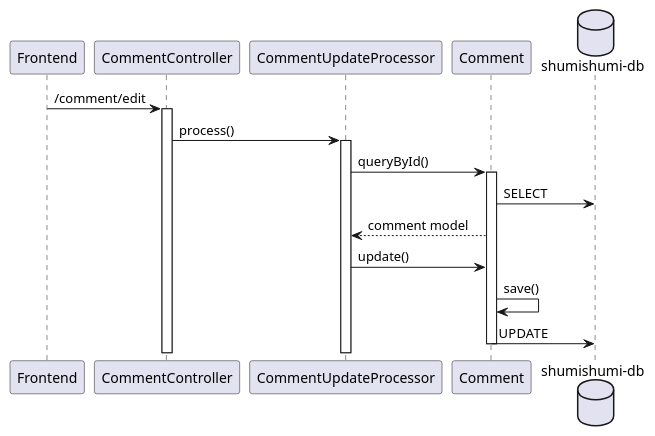
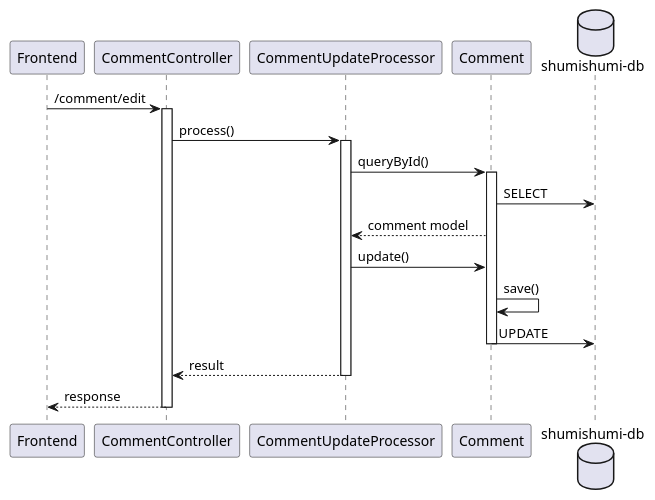
The diagram in uml diagram/sequence diagram/BE/comment controller/edit.pu (aldihsuhandi/skripsi-2023), drawn with PlantUML before and after one commit.

Commit message:
finish comment controller

```diff
--- a/uml diagram/sequence diagram/BE/comment controller/edit.pu
+++ b/uml diagram/sequence diagram/BE/comment controller/edit.pu
@@ -1,23 +1,26 @@
 @startuml edit
 participant "Frontend" as fe
 participant "CommentController" as cc
 
 participant "CommentUpdateProcessor" as proc
 
 participant "Comment" as cm
 
 database "shumishumi-db" as db
 
 fe -> cc++ : /comment/edit
 cc -> proc++ : process()
 
 proc -> cm++ : queryById()
 cm -> db : SELECT
 proc <-- cm : comment model
 
 proc -> cm : update()
 cm -> cm : save()
 cm -> db : UPDATE
 deactivate cm
 
+return result
+return response
+
 @enduml
```
